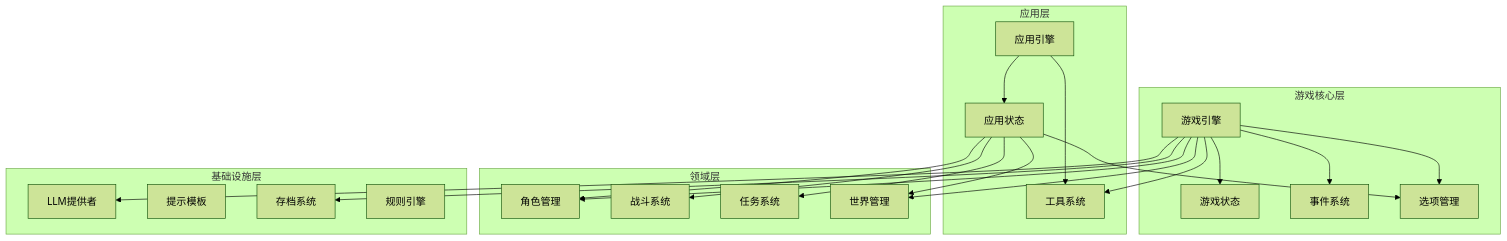
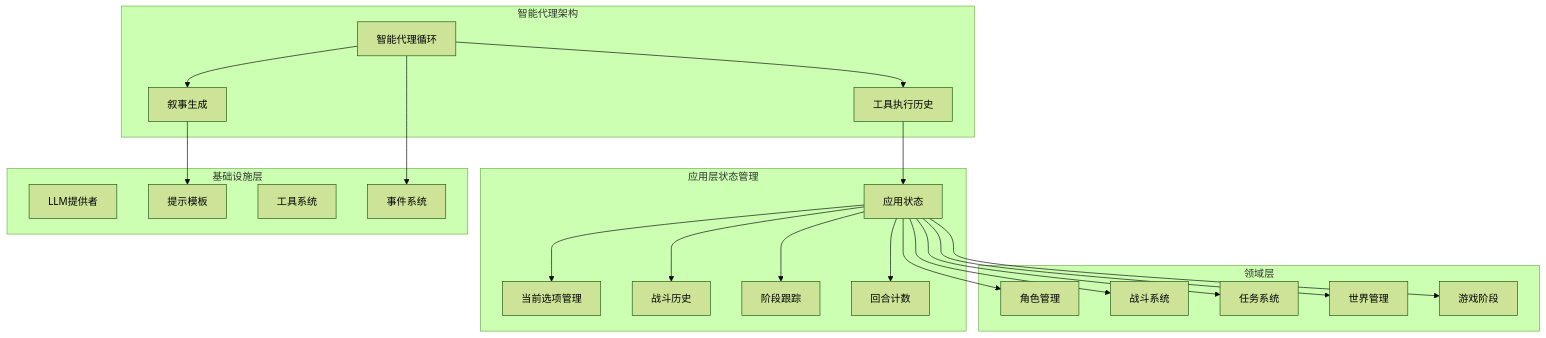
One commit to zwh8800/cdnd changed the first of 10 diagrams in .qoder/repowiki/zh/content/游戏引擎架构/状态管理系统.md. Above: the diagram before and after it, drawn with Mermaid (forest theme). The commit also changed other lines of this file and 11 other files, not shown here.

````diff
--- a/.qoder/repowiki/zh/content/游戏引擎架构/状态管理系统.md
+++ b/.qoder/repowiki/zh/content/游戏引擎架构/状态管理系统.md
@@ -50,41 +52,42 @@
 ```mermaid
 graph TB
-subgraph "游戏核心层"
-GameEngine[游戏引擎]
-GameState[游戏状态]
-GameEvents[事件系统]
-GameOptions[选项管理]
-end
-subgraph "应用层"
-AppEngine[应用引擎]
+subgraph "应用层状态管理"
 AppState[应用状态]
-AppTools[工具系统]
+CurrentOptions[当前选项管理]
+CombatHistory[战斗历史]
+PhaseTracking[阶段跟踪]
+TurnCounter[回合计数]
 end
 subgraph "领域层"
 Character[角色管理]
 Combat[战斗系统]
 Quest[任务系统]
 World[世界管理]
+GamePhase[游戏阶段]
 end
 subgraph "基础设施层"
 LLM[LLM提供者]
 Prompt[提示模板]
-Save[存档系统]
-Rules[规则引擎]
+Tools[工具系统]
+Events[事件系统]
 end
-GameEngine --> GameState
-GameEngine --> GameOptions
-GameEngine --> Save
-GameEngine --> World
-GameEngine --> Character
-GameEngine --> LLM
-GameEngine --> AppTools
-GameEngine --> GameEvents
-AppEngine --> AppState
-AppEngine --> AppTools
+subgraph "智能代理架构"
+AgentLoop[智能代理循环]
+ToolExecution[工具执行历史]
+NarrativeGeneration[叙事生成]
+end
 AppState --> Character
 AppState --> World
 AppState --> Quest
 AppState --> Combat
-AppState --> GameOptions
+AppState --> GamePhase
+AppState --> CurrentOptions
+AppState --> CombatHistory
+AppState --> PhaseTracking
+AppState --> TurnCounter
+AgentLoop --> ToolExecution
+AgentLoop --> NarrativeGeneration
+AgentLoop --> Events
+ToolExecution --> AppState
+NarrativeGeneration --> Prompt
 ```
````
